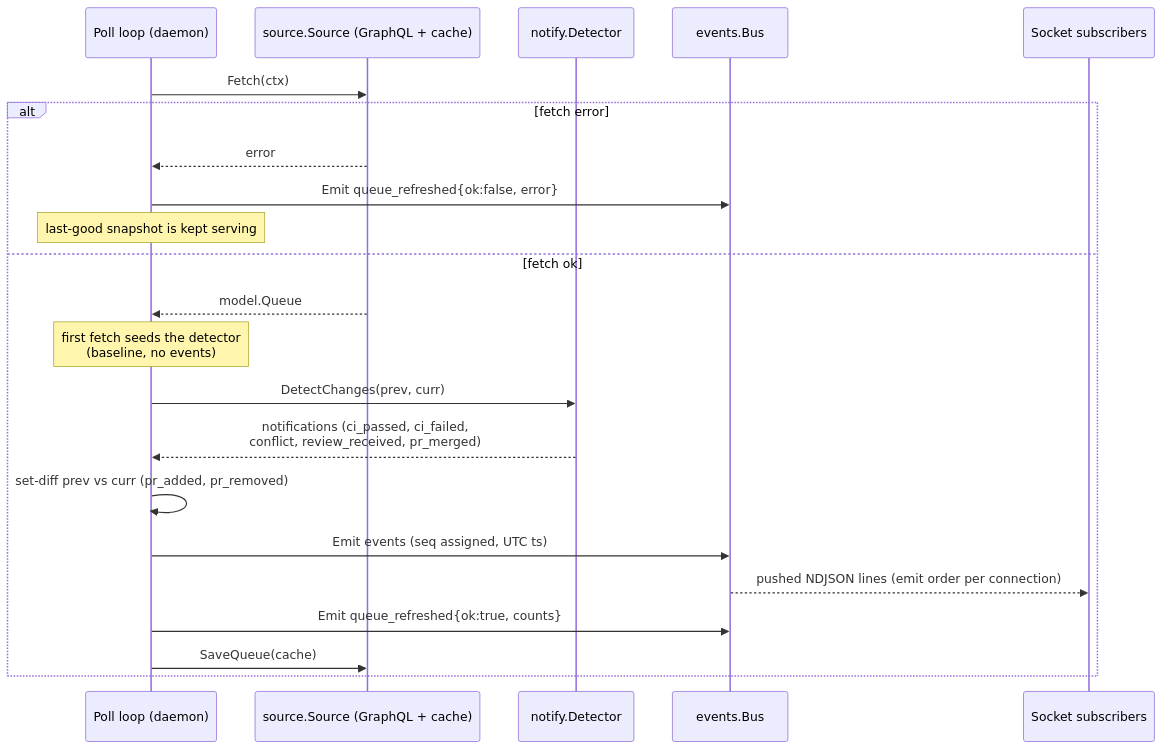
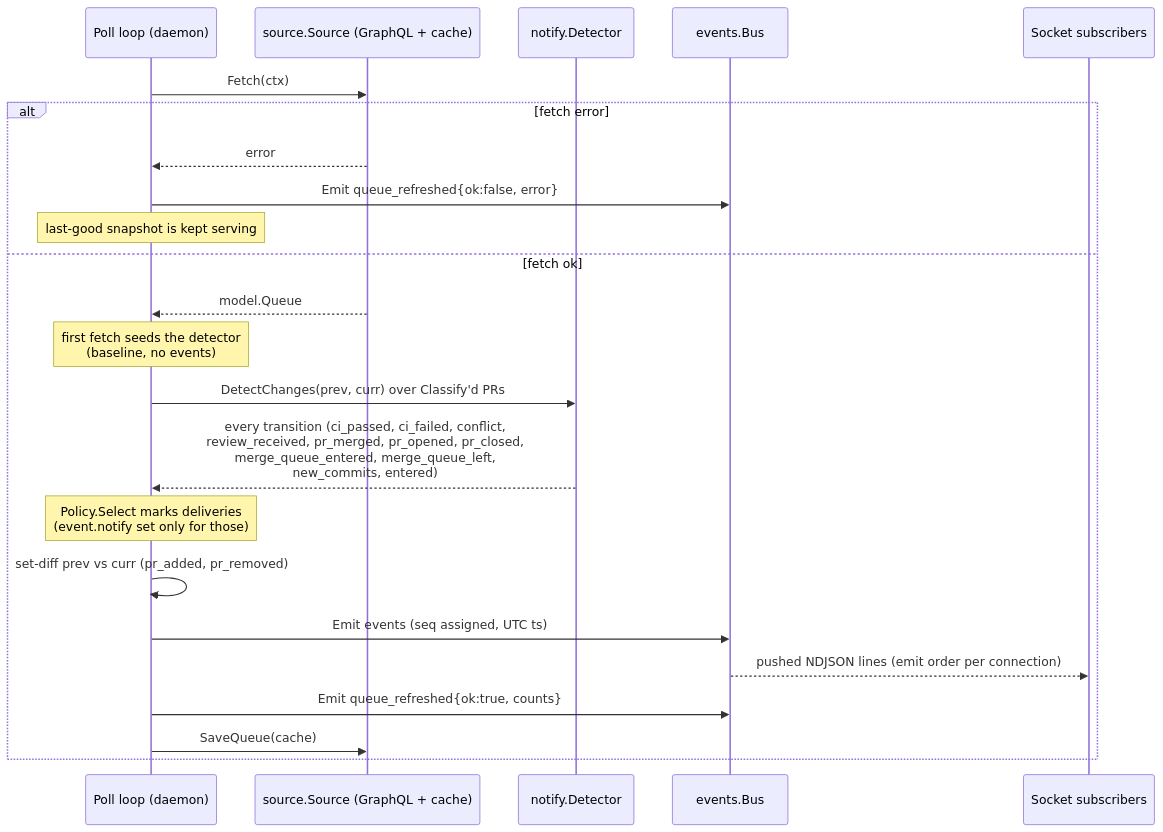
Before and after one commit to kalverra/pronto: the second of 2 diagrams in docs/architecture.md, drawn with Mermaid. The commit also changed other lines of this file and 37 other files, not shown here.

````diff
--- a/docs/architecture.md
+++ b/docs/architecture.md
@@ -161,25 +161,26 @@
 ```mermaid
 sequenceDiagram
     participant L as Poll loop (daemon)
     participant S as source.Source (GraphQL + cache)
     participant D as notify.Detector
     participant B as events.Bus
     participant C as Socket subscribers
 
     L->>S: Fetch(ctx)
     alt fetch error
         S-->>L: error
         L->>B: Emit queue_refreshed{ok:false, error}
         Note over L: last-good snapshot is kept serving
     else fetch ok
         S-->>L: model.Queue
         Note over L: first fetch seeds the detector<br/>(baseline, no events)
-        L->>D: DetectChanges(prev, curr)
-        D-->>L: notifications (ci_passed, ci_failed,<br/>conflict, review_received, pr_merged)
+        L->>D: DetectChanges(prev, curr) over Classify'd PRs
+        D-->>L: every transition (ci_passed, ci_failed, conflict,<br/>review_received, pr_merged, pr_opened, pr_closed,<br/>merge_queue_entered, merge_queue_left,<br/>new_commits, entered)
+        Note over L: Policy.Select marks deliveries<br/>(event.notify set only for those)
         L->>L: set-diff prev vs curr (pr_added, pr_removed)
         L->>B: Emit events (seq assigned, UTC ts)
         B-->>C: pushed NDJSON lines (emit order per connection)
         L->>B: Emit queue_refreshed{ok:true, counts}
         L->>S: SaveQueue(cache)
     end
 ```
````
